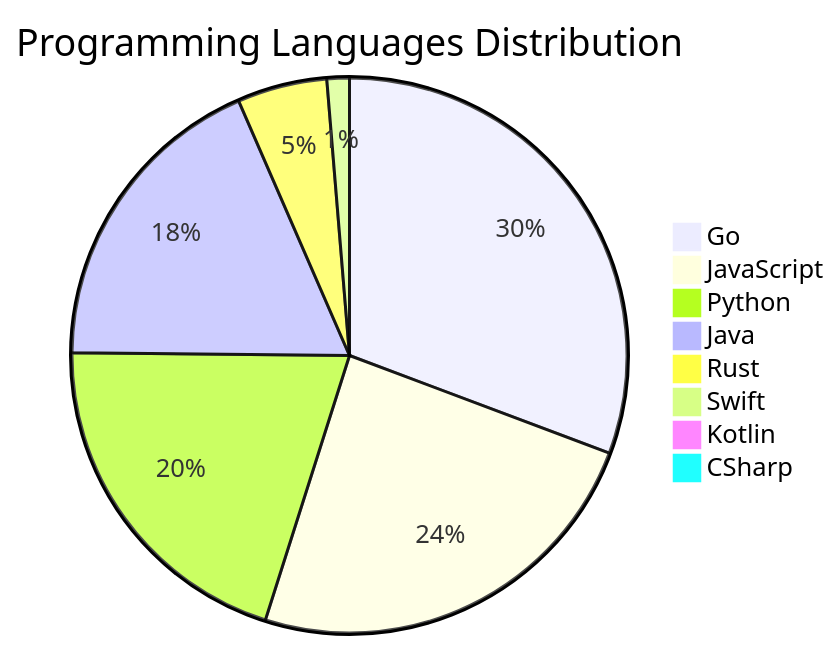
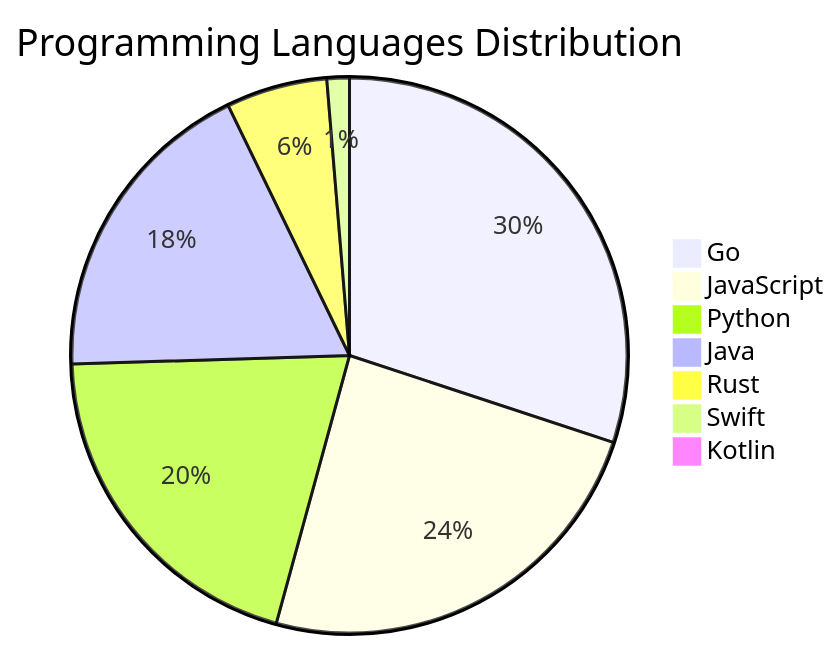
The diagram in README.md (Derrick-MUGISHA/github-activity-bot), drawn with Mermaid before and after one commit. The commit also changed other lines of this file and 4 other files, not shown here.

````diff
--- a/README.md
+++ b/README.md
@@ -210,11 +209,10 @@
 ```mermaid
 pie title Programming Languages Distribution
-    "Go" : 47
+    "Go" : 46
     "JavaScript" : 37
     "Python" : 31
     "Java" : 28
-    "Rust" : 8
+    "Rust" : 9
     "Swift" : 2
     "Kotlin" : 1
-    "CSharp" : 1
 ```
````
